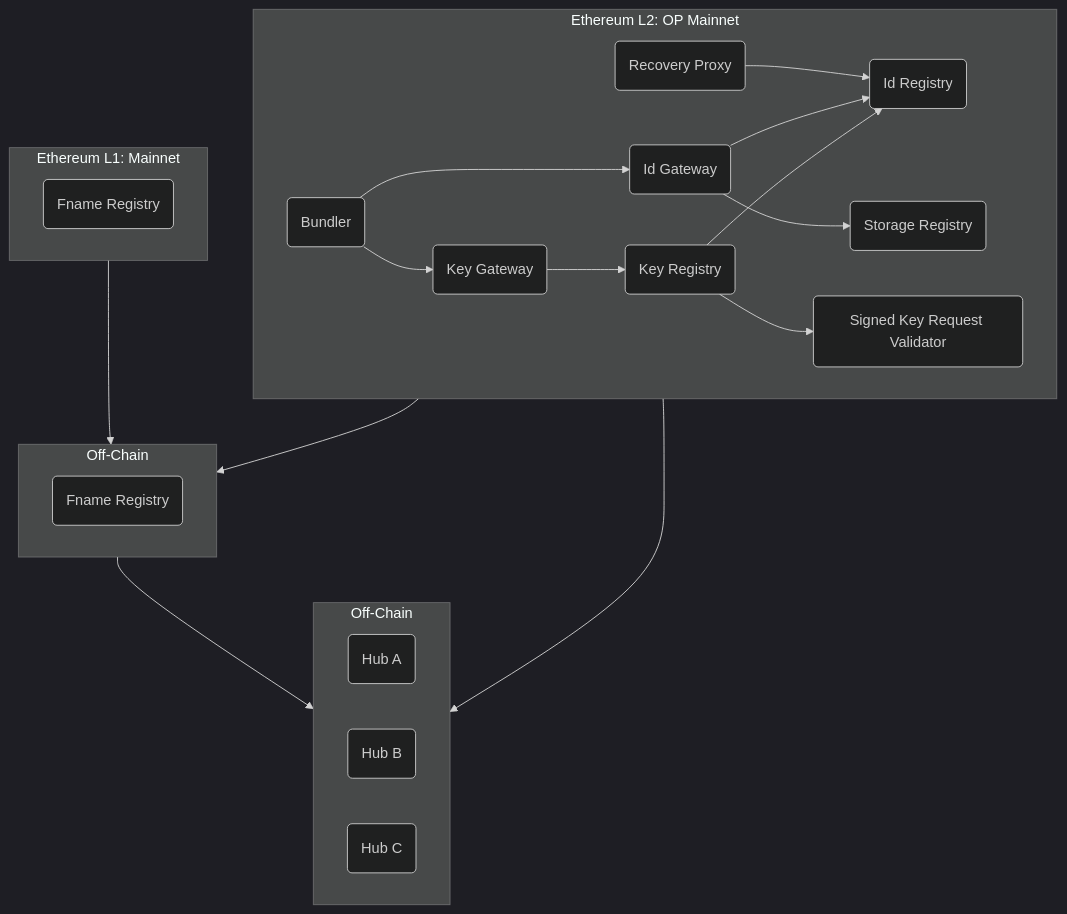
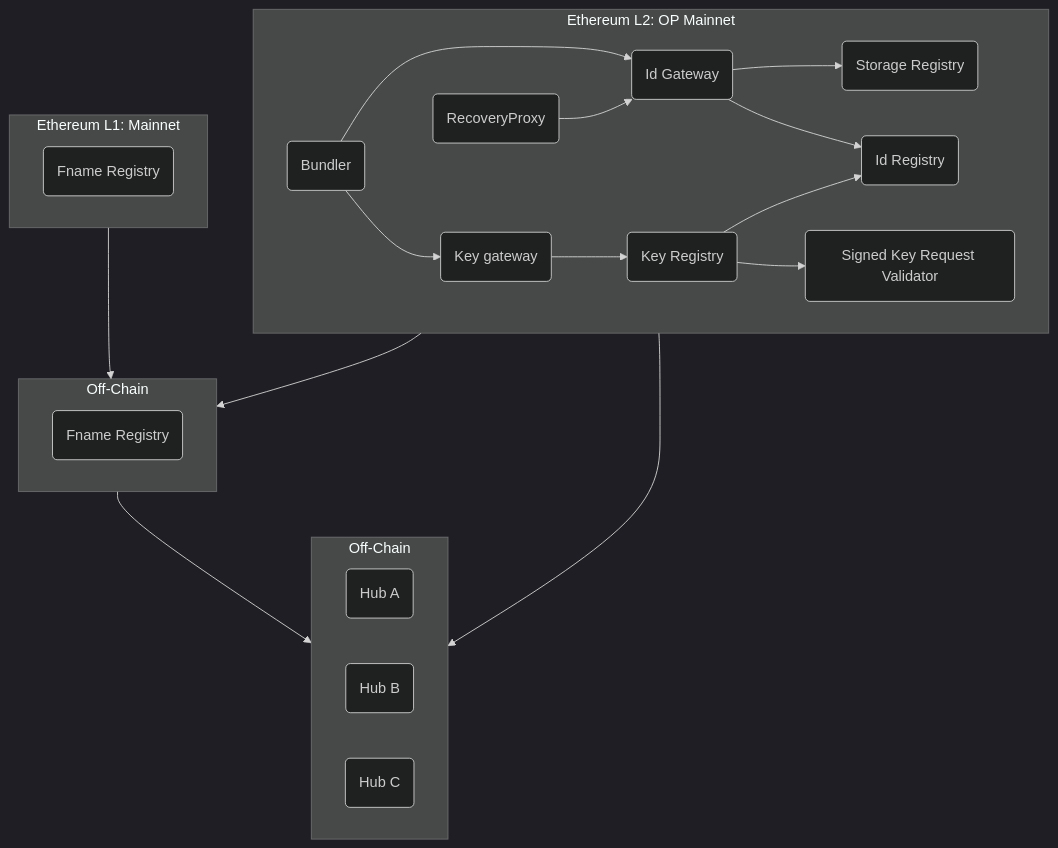
Before and after one commit to farcasterxyz/contracts: the first of 3 diagrams in docs/docs.md, drawn with Mermaid (dark theme).

Commit message:
chore: update Mermaid chart

````diff
--- a/docs/docs.md
+++ b/docs/docs.md
@@ -7,33 +7,36 @@
 ```mermaid
 
 graph TD
 
     subgraph ETHL1["Ethereum L1: Mainnet"]
     FR(Fname Registry)
     end
 
     subgraph Offchain["Off-Chain"]
     FS(Fname Registry)
     end
 
     subgraph Hubs["Off-Chain"]
     Hub1(Hub A)
     Hub2(Hub B)
     Hub3(Hub C)
     end
 
     subgraph ETHL2["Ethereum L2: OP Mainnet"]
-    RP(Recovery Proxy) --> IR(Id Registry)
-    BN(Bundler) --> IG(Id Gateway) & KG(Key Gateway)
+    BN(Bundler) --> IG(Id Gateway)
+    BN --> KG(Key gateway)
+    IG --> SR(Storage Registry)
+    IG --> IR(Id Registry)
     KG --> KR(Key Registry)
-    IG --> IR & SR(Storage Registry)
+    KR --> SKRV(Signed Key Request Validator)
     KR --> IR
-    KR --> SKRV(Signed Key Request Validator)
+    RP(RecoveryProxy) --> IG
+
     end
 
 
     ETHL1 --> Offchain
     ETHL2 --> Offchain
     Offchain --> Hubs
     ETHL2 --> Hubs
 ```
````
